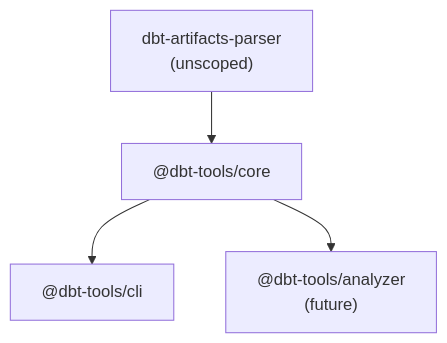
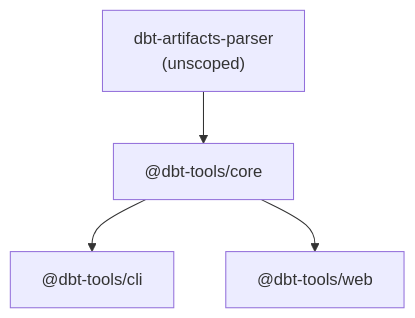
The diagram in docs/adr/0003-use-dbt-tools-scope-for-npm-packages.md (yu-iskw/dbt-artifacts-parser-ts), drawn with Mermaid before and after one commit. The commit also changed other lines of this file and 10 other files, not shown here.

First line of the commit message:
docs: reorganize README files with monorepo portal and Mermaid diagrams (#48)

````diff
--- a/docs/adr/0003-use-dbt-tools-scope-for-npm-packages.md
+++ b/docs/adr/0003-use-dbt-tools-scope-for-npm-packages.md
@@ -37,6 +37,6 @@
 ```mermaid
 graph TD
     A["dbt-artifacts-parser<br/>(unscoped)"] --> B["@dbt-tools/core"]
     B --> C["@dbt-tools/cli"]
-    B --> D["@dbt-tools/analyzer<br/>(future)"]
+    B --> D["@dbt-tools/web"]
 ```
````
